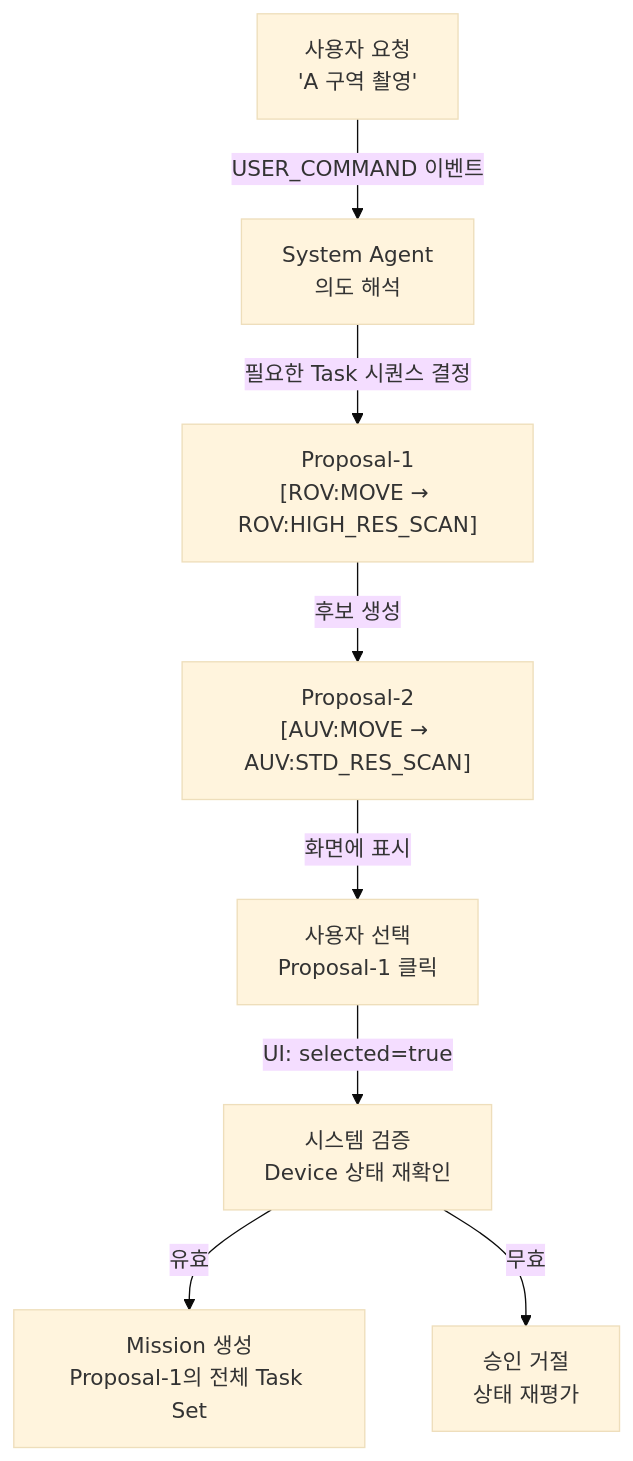
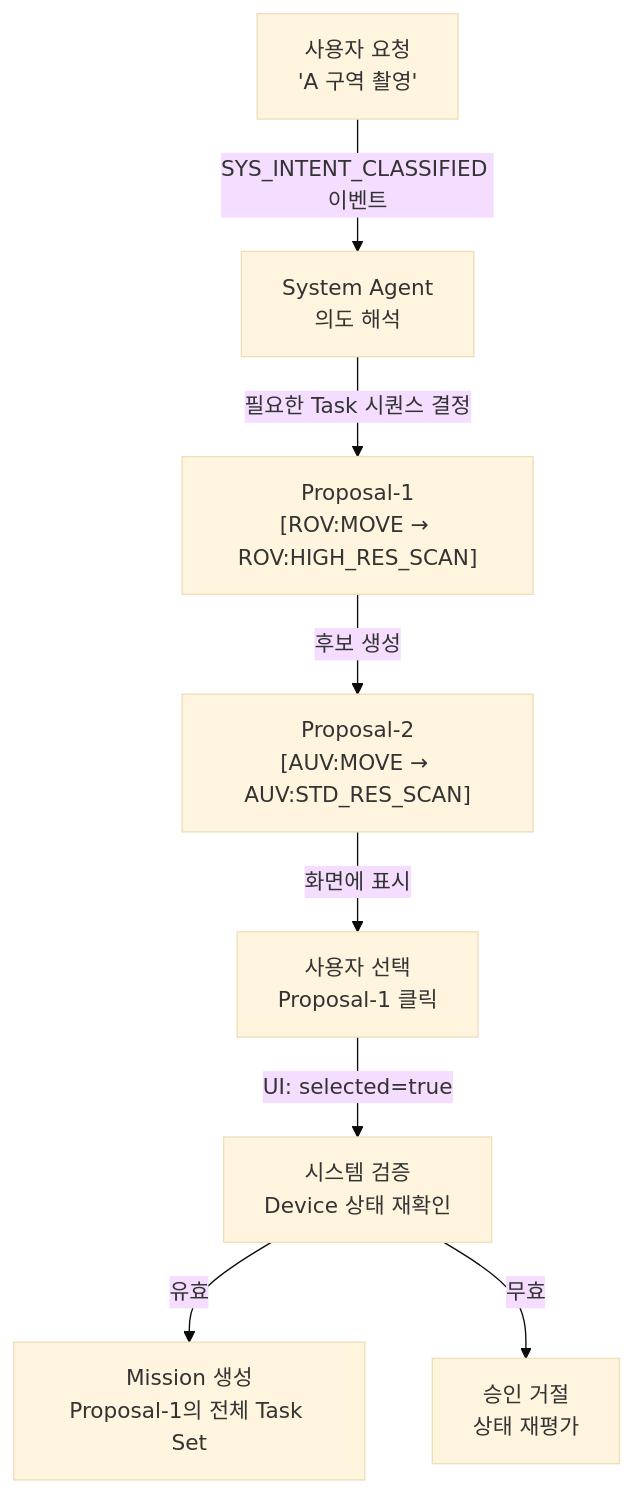
One commit to haeun-yu/CoWater changed the diagram in docs/adr/ADR-002-proposal-as-solution-set.md. Above: the diagram before and after it, drawn with Mermaid (base theme). The commit also changed 28 other files, not shown here.

First line of the commit message:
docs: system agent를 multi agent system으로 구성 (#15)

````diff
--- a/docs/adr/ADR-002-proposal-as-solution-set.md
+++ b/docs/adr/ADR-002-proposal-as-solution-set.md
@@ -37,10 +37,10 @@
 ```mermaid
 graph TD
-    A["사용자 요청<br/>'A 구역 촬영'"] -->|USER_COMMAND 이벤트| B["System Agent<br/>의도 해석"]
+    A["사용자 요청<br/>'A 구역 촬영'"] -->|SYS_INTENT_CLASSIFIED 이벤트| B["System Agent<br/>의도 해석"]
     B -->|필요한 Task 시퀀스 결정| C["Proposal-1<br/>[ROV:MOVE → ROV:HIGH_RES_SCAN]"]
     C -->|후보 생성| D["Proposal-2<br/>[AUV:MOVE → AUV:STD_RES_SCAN]"]
     D -->|화면에 표시| E["사용자 선택<br/>Proposal-1 클릭"]
     E -->|UI: selected=true| F["시스템 검증<br/>Device 상태 재확인"]
     F -->|유효| G["Mission 생성<br/>Proposal-1의 전체 Task Set"]
     F -->|무효| H["승인 거절<br/>상태 재평가"]
 ```
````
